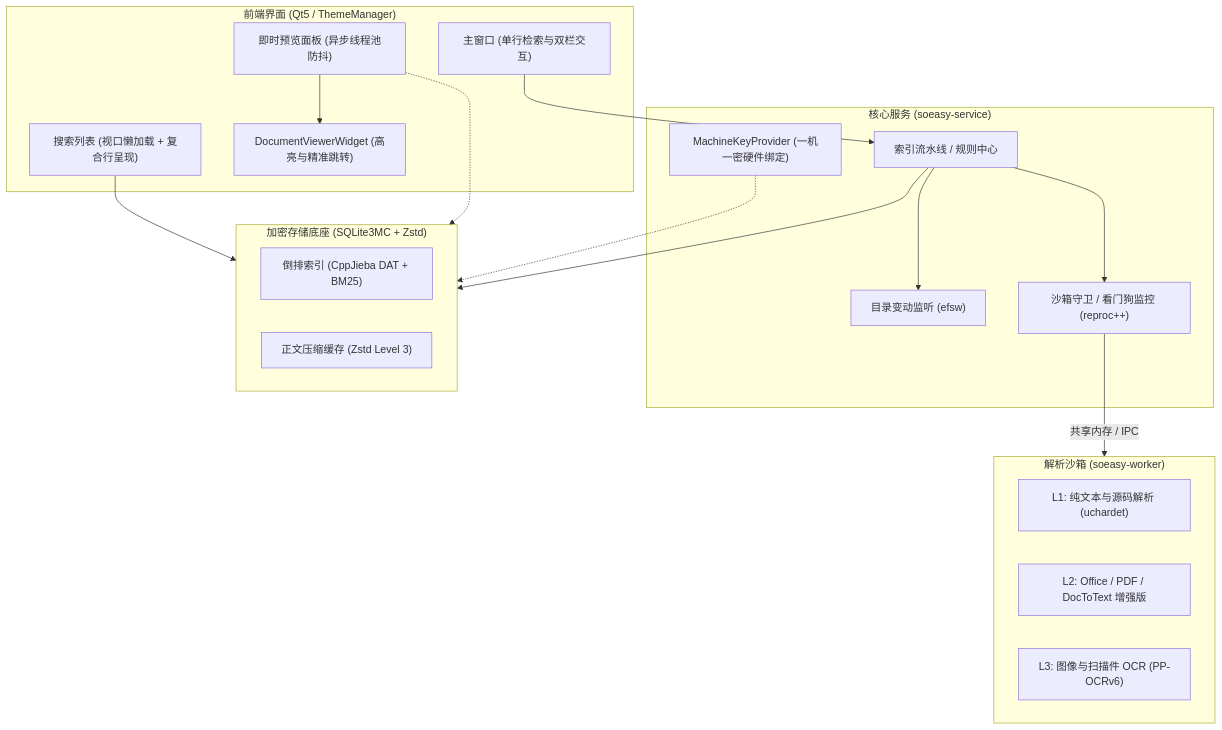
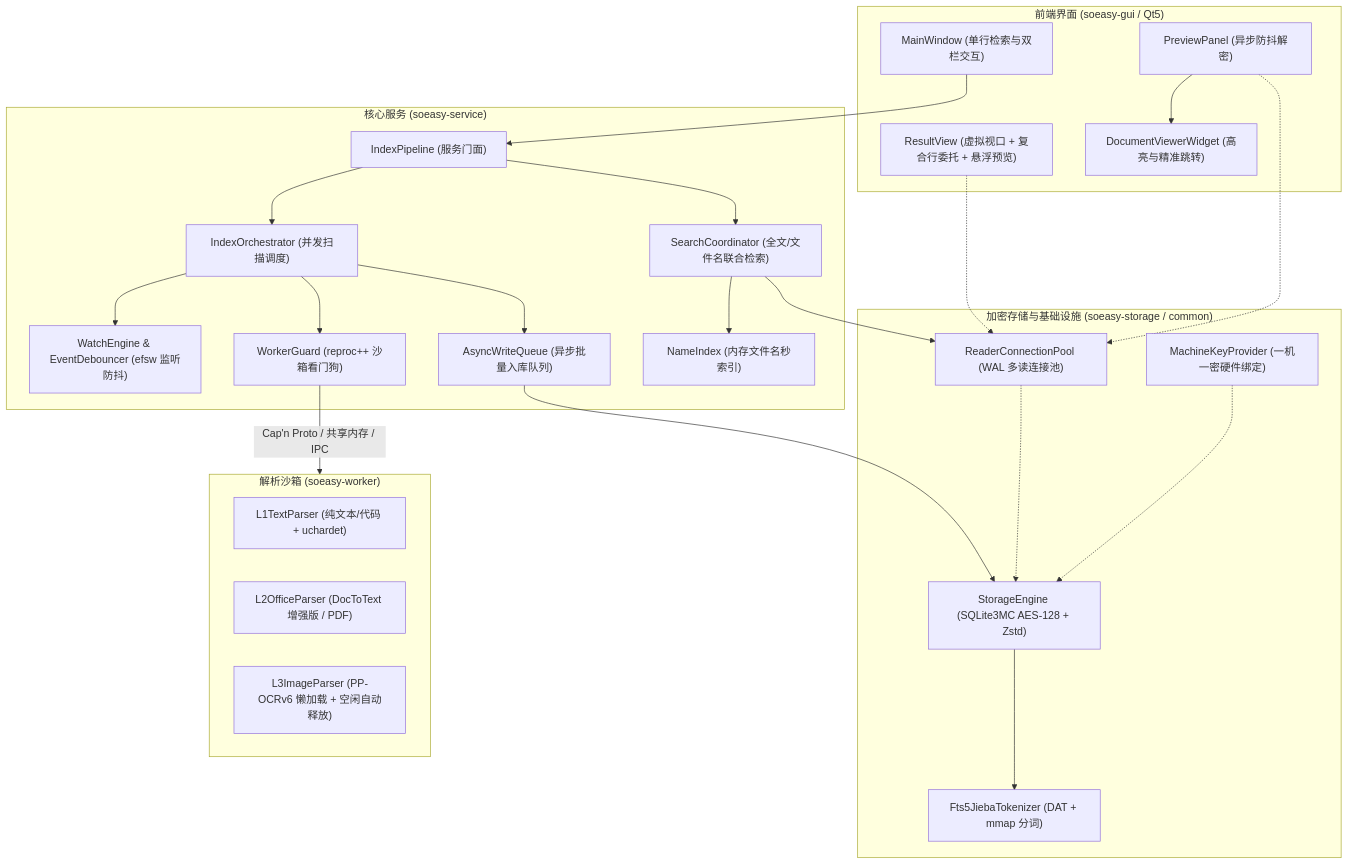
The diagram in README_zh.md (lilucpp/soeasy), drawn with Mermaid before and after one commit. The commit also changed other lines of this file and 2 other files, not shown here.

Commit message:
docs: fix index.html language toggle, remove footer release link, and sync README architecture & build deps

````diff
--- a/README_zh.md
+++ b/README_zh.md
@@ -35,37 +35,49 @@
 ```mermaid
 flowchart TD
-    subgraph UI ["前端界面 (Qt5 / ThemeManager)"]
-        MainWindow["主窗口 (单行检索与双栏交互)"]
-        ResultView["搜索列表 (视口懒加载 + 复合行呈现)"]
-        PreviewPanel["即时预览面板 (异步线程池防抖)"]
+    subgraph UI ["前端界面 (soeasy-gui / Qt5)"]
+        MainWindow["MainWindow (单行检索与双栏交互)"]
+        ResultView["ResultView (虚拟视口 + 复合行委托 + 悬浮预览)"]
+        PreviewPanel["PreviewPanel (异步防抖解密)"]
         DocViewer["DocumentViewerWidget (高亮与精准跳转)"]
     end
 
     subgraph Core ["核心服务 (soeasy-service)"]
-        IndexPipeline["索引流水线 / 规则中心"]
-        WatchEngine["目录变动监听 (efsw)"]
-        WorkerGuard["沙箱守卫 / 看门狗监控 (reproc++)"]
-        MachineKey["MachineKeyProvider (一机一密硬件绑定)"]
+        IndexPipeline["IndexPipeline (服务门面)"]
+        Orchestrator["IndexOrchestrator (并发扫描调度)"]
+        SearchCoord["SearchCoordinator (全文/文件名联合检索)"]
+        NameIndex["NameIndex (内存文件名秒索引)"]
+        WriteQueue["AsyncWriteQueue (异步批量入库队列)"]
+        WatchEngine["WatchEngine & EventDebouncer (efsw 监听防抖)"]
+        WorkerGuard["WorkerGuard (reproc++ 沙箱看门狗)"]
     end
 
     subgraph Sandbox ["解析沙箱 (soeasy-worker)"]
-        L1["L1: 纯文本与源码解析 (uchardet)"]
-        L2["L2: Office / PDF / DocToText 增强版"]
-        L3["L3: 图像与扫描件 OCR (PP-OCRv6)"]
+        L1["L1TextParser (纯文本/代码 + uchardet)"]
+        L2["L2OfficeParser (DocToText 增强版 / PDF)"]
+        L3["L3ImageParser (PP-OCRv6 懒加载 + 空闲自动释放)"]
     end
 
-    subgraph Storage ["加密存储底座 (SQLite3MC + Zstd)"]
-        FTS5["倒排索引 (CppJieba DAT + BM25)"]
-        CompressedCache["正文压缩缓存 (Zstd Level 3)"]
+    subgraph Storage ["加密存储与基础设施 (soeasy-storage / common)"]
+        StorageEngine["StorageEngine (SQLite3MC AES-128 + Zstd)"]
+        ReaderPool["ReaderConnectionPool (WAL 多读连接池)"]
+        FTS5["Fts5JiebaTokenizer (DAT + mmap 分词)"]
+        MachineKey["MachineKeyProvider (一机一密硬件绑定)"]
     end
 
     MainWindow --> IndexPipeline
     PreviewPanel --> DocViewer
-    IndexPipeline --> WatchEngine
-    IndexPipeline --> WorkerGuard
-    WorkerGuard -- 共享内存 / IPC --> Sandbox
-    MachineKey -.-> Storage
-    IndexPipeline --> Storage
-    ResultView --> Storage
-    PreviewPanel -.-> Storage
+    IndexPipeline --> Orchestrator
+    IndexPipeline --> SearchCoord
+    Orchestrator --> WatchEngine
+    Orchestrator --> WorkerGuard
+    Orchestrator --> WriteQueue
+    SearchCoord --> NameIndex
+    SearchCoord --> ReaderPool
+    WorkerGuard -- "Cap'n Proto / 共享内存 / IPC" --> Sandbox
+    MachineKey -.-> StorageEngine
+    WriteQueue --> StorageEngine
+    StorageEngine --> FTS5
+    ReaderPool -.-> StorageEngine
+    ResultView -.-> ReaderPool
+    PreviewPanel -.-> ReaderPool
 ```
````
